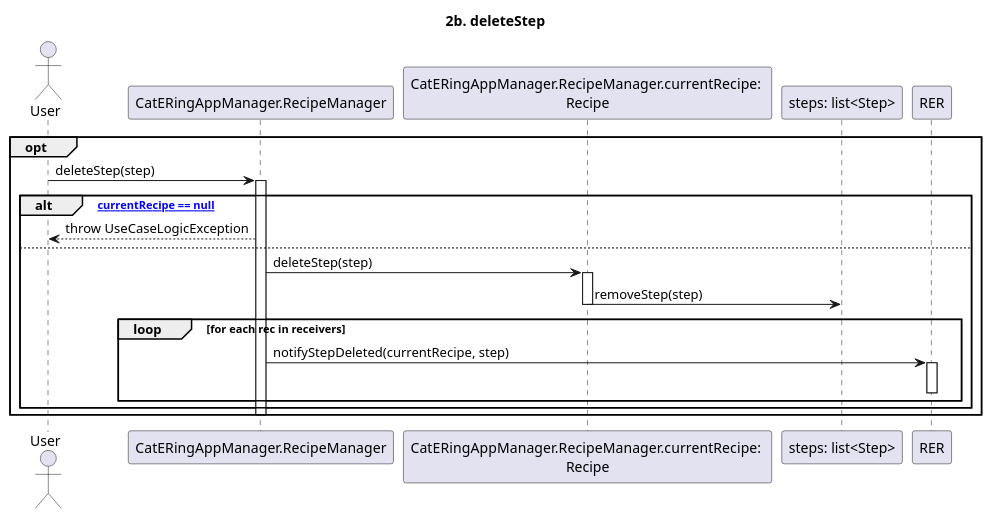
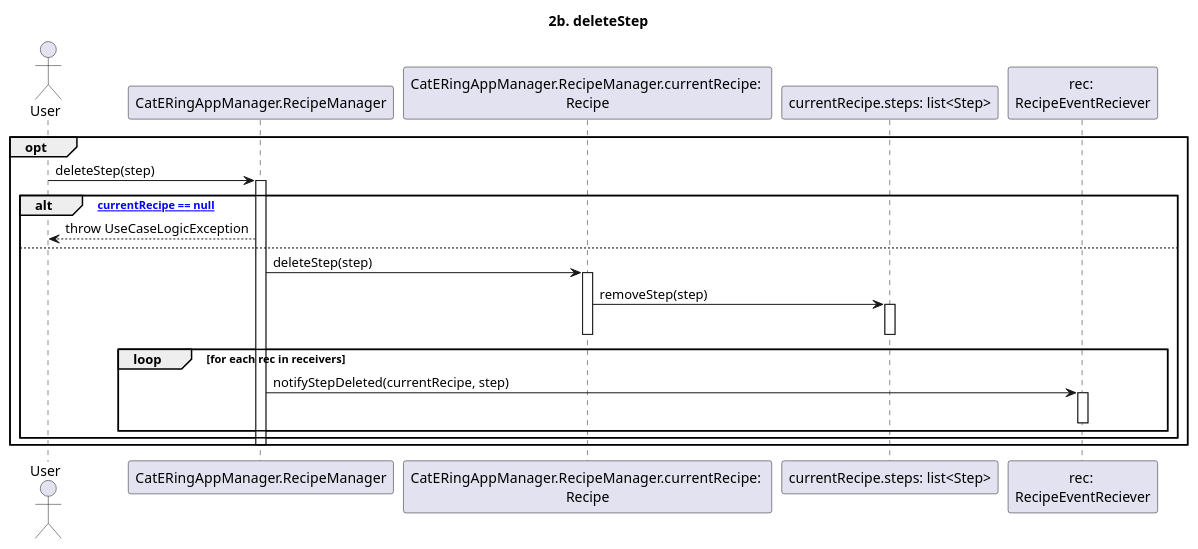
Before and after one commit to m0canu1/sas: the diagram in dsd/dsd-ricette/estensioni/2b-deleteStep.md, drawn with PlantUML. The commit also changed 2 other files, not shown here.

Commit message:
bahskdjf

````diff
--- a/dsd/dsd-ricette/estensioni/2b-deleteStep.md
+++ b/dsd/dsd-ricette/estensioni/2b-deleteStep.md
@@ -1,30 +1,32 @@
 ```plantuml
 
 title: 2b. deleteStep
 
 Actor User
 Participant "CatERingAppManager.RecipeManager" as RM
 Participant "CatERingAppManager.RecipeManager.currentRecipe: \nRecipe" as CR
-Participant "steps: list<Step>" as CS
+Participant "currentRecipe.steps: list<Step>" as CS
+Participant "rec: \nRecipeEventReciever" as RER
 
 opt
     User -> RM: deleteStep(step)
     Activate RM
     alt ["currentRecipe == null"]
         RM --> User: throw UseCaseLogicException
     else
         RM -> CR: deleteStep(step)
         Activate CR
         CR -> CS: removeStep(step)
+        Activate CS
         Deactivate CS
         Deactivate CR
         loop for each rec in receivers
       		RM -> RER: notifyStepDeleted(currentRecipe, step)
           activate RER
           deactivate RER
       	end
     end
     Deactivate RM
 end
 
 ```
````
